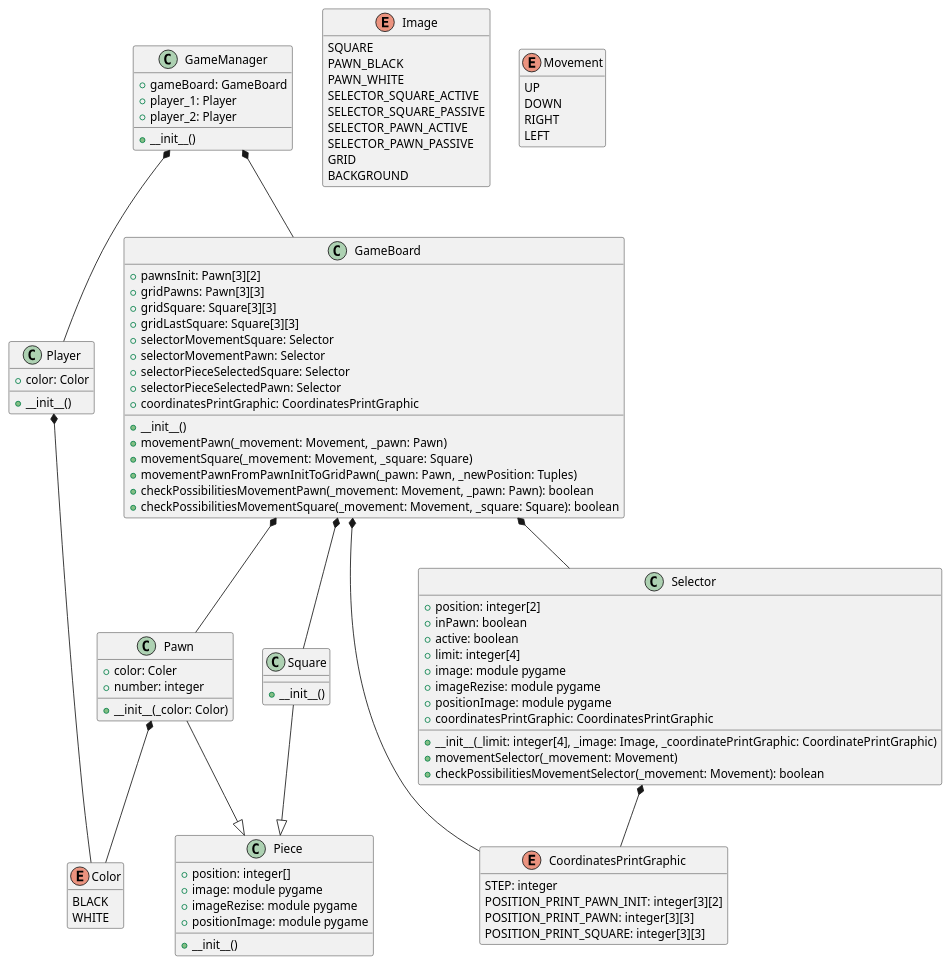
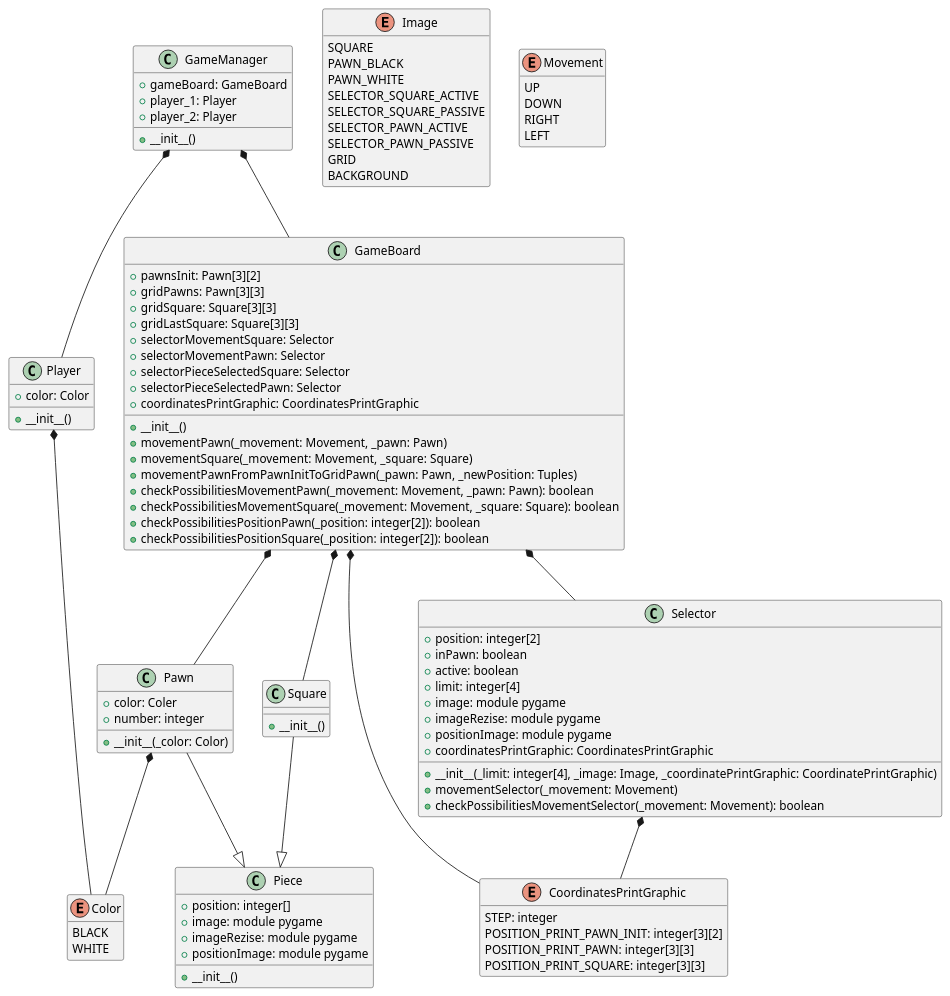
Before and after one commit to AurelienVasseur/Force-3: the diagram in Doc/UML/classes.puml, drawn with PlantUML. The commit also changed 5 other files, not shown here.

Commit message:
GameBoard updated + pygame imported in some files + README updated + UML updated

```diff
--- a/Doc/UML/classes.puml
+++ b/Doc/UML/classes.puml
@@ -1,115 +1,116 @@
 @startuml classes
 
 class GameBoard {
     +pawnsInit: Pawn[3][2]
     +gridPawns: Pawn[3][3]
     +gridSquare: Square[3][3]
     +gridLastSquare: Square[3][3]
     +selectorMovementSquare: Selector
     +selectorMovementPawn: Selector   
     +selectorPieceSelectedSquare: Selector
     +selectorPieceSelectedPawn: Selector
     +coordinatesPrintGraphic: CoordinatesPrintGraphic
     +__init__()
     +movementPawn(_movement: Movement, _pawn: Pawn)
     +movementSquare(_movement: Movement, _square: Square)
     +movementPawnFromPawnInitToGridPawn(_pawn: Pawn, _newPosition: Tuples)
     +checkPossibilitiesMovementPawn(_movement: Movement, _pawn: Pawn): boolean
     +checkPossibilitiesMovementSquare(_movement: Movement, _square: Square): boolean
-
+    +checkPossibilitiesPositionPawn(_position: integer[2]): boolean
+    +checkPossibilitiesPositionSquare(_position: integer[2]): boolean
 }
 
 class Player {
     +color: Color
     +__init__()
 }
 
 class Piece {
     +position: integer[]
     +image: module pygame
     +imageRezise: module pygame
     +positionImage: module pygame
     +__init__()
 }
 
 class Pawn {
     +color: Coler
     +number: integer
     +__init__(_color: Color)
 }
 
 class Square {
     +__init__()
 
 }
 
 class Selector {
     +position: integer[2]
     +inPawn: boolean
     +active: boolean
     +limit: integer[4]
     +image: module pygame
     +imageRezise: module pygame
     +positionImage: module pygame
     +coordinatesPrintGraphic: CoordinatesPrintGraphic
     +__init__(_limit: integer[4], _image: Image, _coordinatePrintGraphic: CoordinatePrintGraphic)
     +movementSelector(_movement: Movement)
     +checkPossibilitiesMovementSelector(_movement: Movement): boolean
 }
 
 class GameManager {
     +gameBoard: GameBoard
     +player_1: Player
     +player_2: Player
     +__init__()
 
 }
 
 enum Color {
     BLACK
     WHITE
 }
 hide Color methods
 
 enum Image {
     SQUARE
     PAWN_BLACK
     PAWN_WHITE
     SELECTOR_SQUARE_ACTIVE
     SELECTOR_SQUARE_PASSIVE
     SELECTOR_PAWN_ACTIVE
     SELECTOR_PAWN_PASSIVE
     GRID
     BACKGROUND
 }
 hide Image methods
 
 enum Movement {
     UP
     DOWN
     RIGHT
     LEFT
 }
 hide Movement methods
 
 enum CoordinatesPrintGraphic {
     STEP: integer
     POSITION_PRINT_PAWN_INIT: integer[3][2]
     POSITION_PRINT_PAWN: integer[3][3]
     POSITION_PRINT_SQUARE: integer[3][3]
 }
 hide CoordinatesPrintGraphic methods
 
 GameManager *-- GameBoard
 GameManager *-- Player
 GameBoard *-- Selector
 GameBoard *-- Pawn
 GameBoard *-- Square
 GameBoard *-- CoordinatesPrintGraphic
 Selector *-- CoordinatesPrintGraphic
 Pawn --|> Piece
 Square --|> Piece
 Player *-- Color
 Pawn *-- Color
 
 @enduml
```
